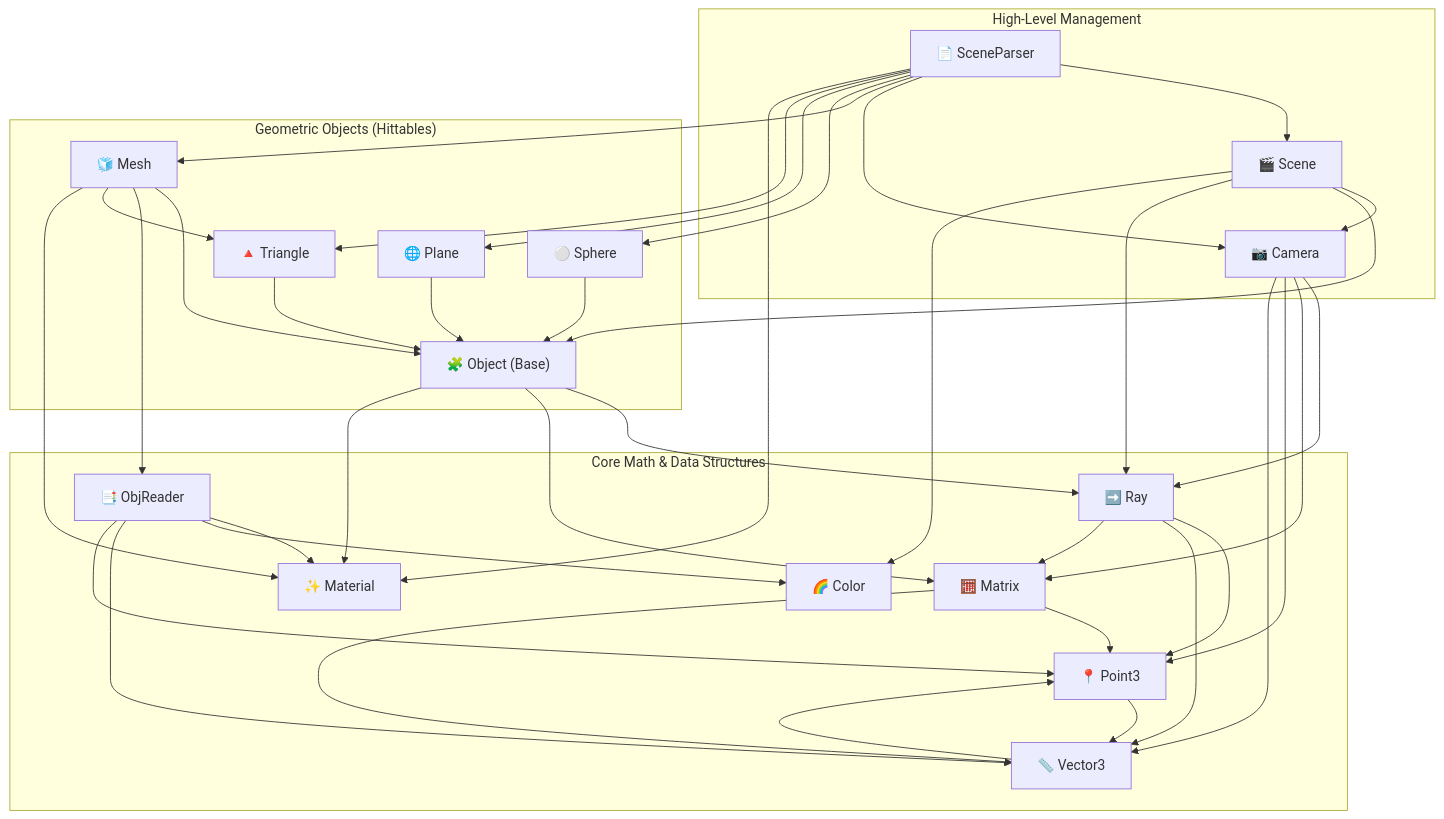
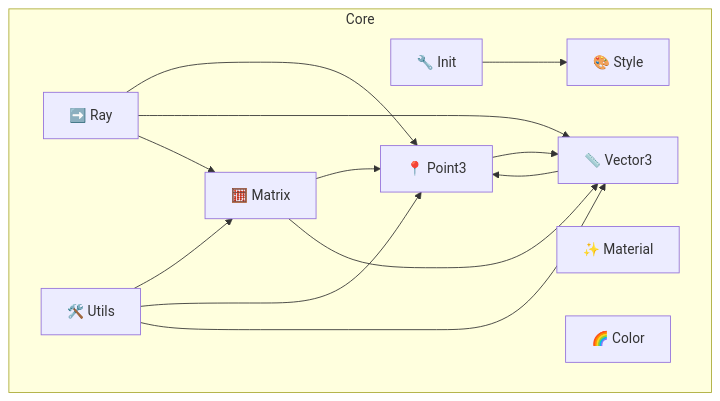
One commit to CS-LucasGuimaraes/PG changed the third of 5 diagrams in ARCHITECTURE.md. Above: the diagram before and after it, drawn with Mermaid. The commit also changed other lines of this file and 45 other files, not shown here.

````diff
--- a/ARCHITECTURE.md
+++ b/ARCHITECTURE.md
@@ -38,75 +63,26 @@
 ```mermaid
 graph TD;
-    subgraph "High-Level Management"
-        SCENE_PARSER["📄 SceneParser"];
-        SCENE["🎬 Scene"];
-        CAMERA["📷 Camera"];
-    end
-
-    subgraph "Geometric Objects (Hittables)"
-        OBJECT["🧩 Object (Base)"];
-        SPHERE["⚪ Sphere"];
-        PLANE["🌐 Plane"];
-        TRIANGLE["🔺 Triangle"];
-        MESH["🧊 Mesh"];
-    end
-
-    subgraph "Core Math & Data Structures"
+    subgraph "Core"
         RAY["➡️ Ray"];
         POINT3["📍 Point3"];
         VECTOR3["📏 Vector3"];
         MATRIX["🧮 Matrix"];
         MATERIAL["✨ Material"];
         COLOR["🌈 Color"];
-        OBJ_READER["📑 ObjReader"];
+        STYLE["🎨 Style"];
+        INIT["🔧 Init"];
+        UTILS["🛠️ Utils"];
     end
 
-    %% High-level dependencies
-    SCENE_PARSER --> SCENE;
-    SCENE_PARSER --> CAMERA;
-    SCENE_PARSER --> MESH;
-    SCENE_PARSER --> SPHERE;
-    SCENE_PARSER --> PLANE;
-    SCENE_PARSER --> TRIANGLE;
-    SCENE_PARSER --> MATERIAL;
-
-    SCENE --> CAMERA;
-    SCENE --> OBJECT;
-    SCENE --> RAY;
-    SCENE --> COLOR;
-    
-    CAMERA --> RAY;
-    CAMERA --> MATRIX;
-    CAMERA --> POINT3;
-    CAMERA --> VECTOR3;
-
-    %% Geometric object dependencies
-    MESH --> OBJECT;
-    MESH --> OBJ_READER;
-    MESH --> TRIANGLE;
-    MESH --> MATERIAL;
-
-    SPHERE --> OBJECT;
-    PLANE --> OBJECT;
-    TRIANGLE --> OBJECT;
-
-    OBJECT --> RAY;
-    OBJECT --> MATRIX;
-    OBJECT --> MATERIAL;
-
-    OBJ_READER --> MATERIAL;
-    OBJ_READER --> COLOR;
-    OBJ_READER --> VECTOR3;
-    OBJ_READER --> POINT3;
-
-    %% Core math dependencies
+    INIT --> STYLE;
+    MATRIX --> POINT3;
+    MATRIX --> VECTOR3;
+    POINT3 --> VECTOR3;
+    VECTOR3 --> POINT3;
     RAY --> POINT3;
     RAY --> VECTOR3;
     RAY --> MATRIX;
-    
-    MATRIX --> POINT3;
-    MATRIX --> VECTOR3;
-    
-    POINT3 --> VECTOR3;
-    VECTOR3 --> POINT3;
+    UTILS --> MATRIX;
+    UTILS --> POINT3;
+    UTILS --> VECTOR3;
 ```
````
